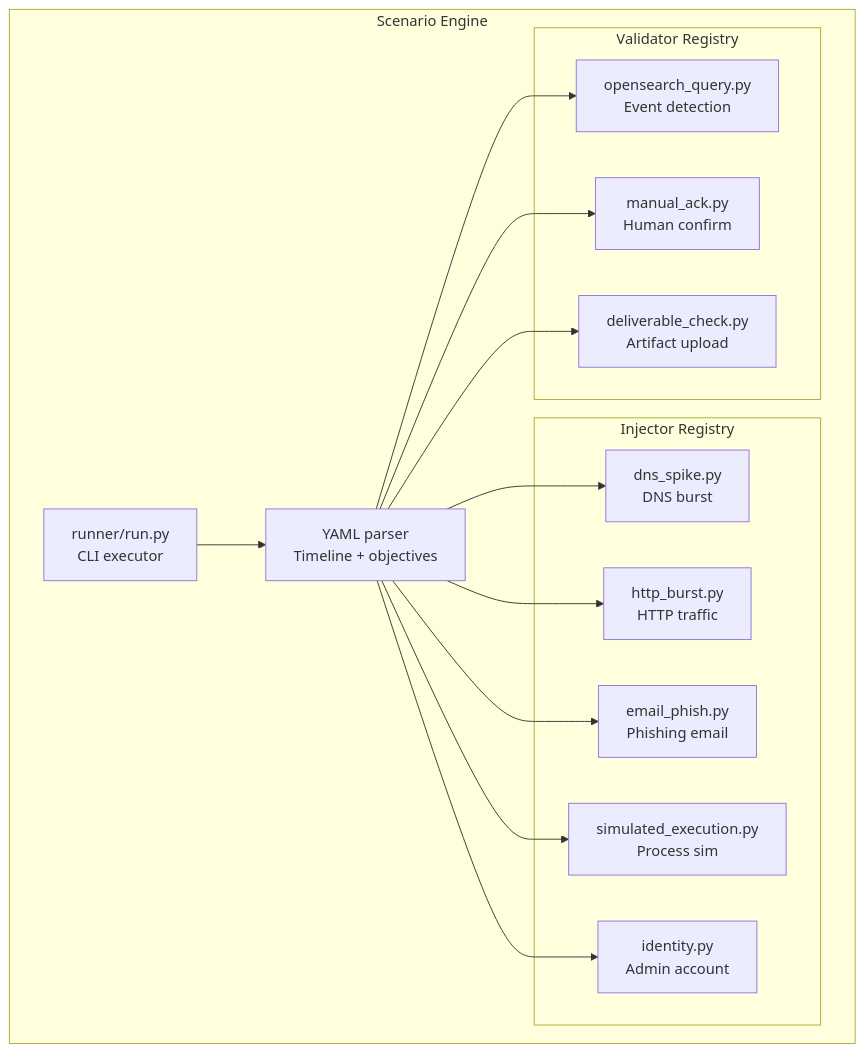
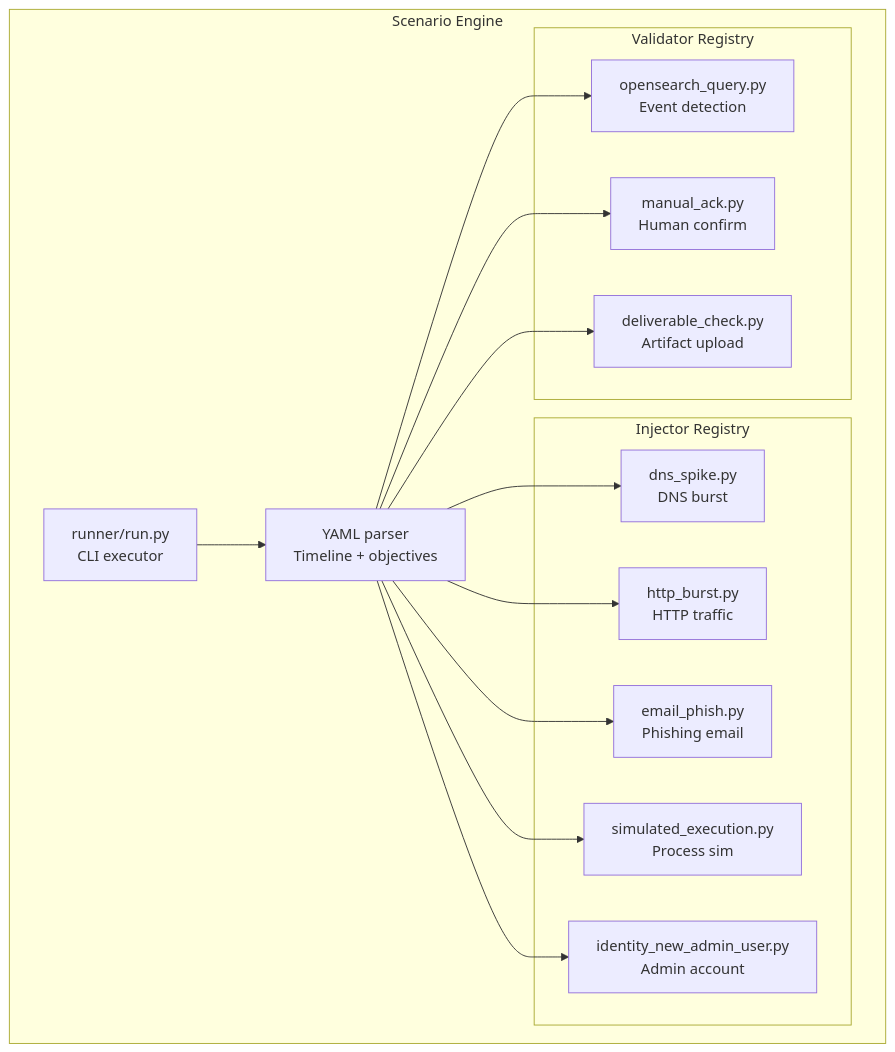
The sixth of 15 diagrams in docs/architecture.md (mblanke/TrueNorth), drawn with Mermaid before and after one commit. The commit also changed other lines of this file, not shown here.

Commit message:
uncommitted at end of run w-dc-architecture-r1 (collected by tn-run.sh)

````diff
--- a/docs/architecture.md
+++ b/docs/architecture.md
@@ -240,31 +238,31 @@
 ```mermaid
 graph TB
     subgraph "Scenario Engine"
         RUNNER["runner/run.py<br/>CLI executor"]
         PARSER["YAML parser<br/>Timeline + objectives"]
 
         subgraph "Injector Registry"
             I_DNS["dns_spike.py<br/>DNS burst"]
             I_HTTP["http_burst.py<br/>HTTP traffic"]
             I_PHISH["email_phish.py<br/>Phishing email"]
             I_EXEC["simulated_execution.py<br/>Process sim"]
-            I_IDENT["identity.py<br/>Admin account"]
+            I_IDENT["identity_new_admin_user.py<br/>Admin account"]
         end
 
         subgraph "Validator Registry"
             V_OS["opensearch_query.py<br/>Event detection"]
             V_ACK["manual_ack.py<br/>Human confirm"]
             V_DEL["deliverable_check.py<br/>Artifact upload"]
         end
     end
 
     RUNNER --> PARSER
     PARSER --> I_DNS
     PARSER --> I_HTTP
     PARSER --> I_PHISH
     PARSER --> I_EXEC
     PARSER --> I_IDENT
     PARSER --> V_OS
     PARSER --> V_ACK
     PARSER --> V_DEL
 ```
````
